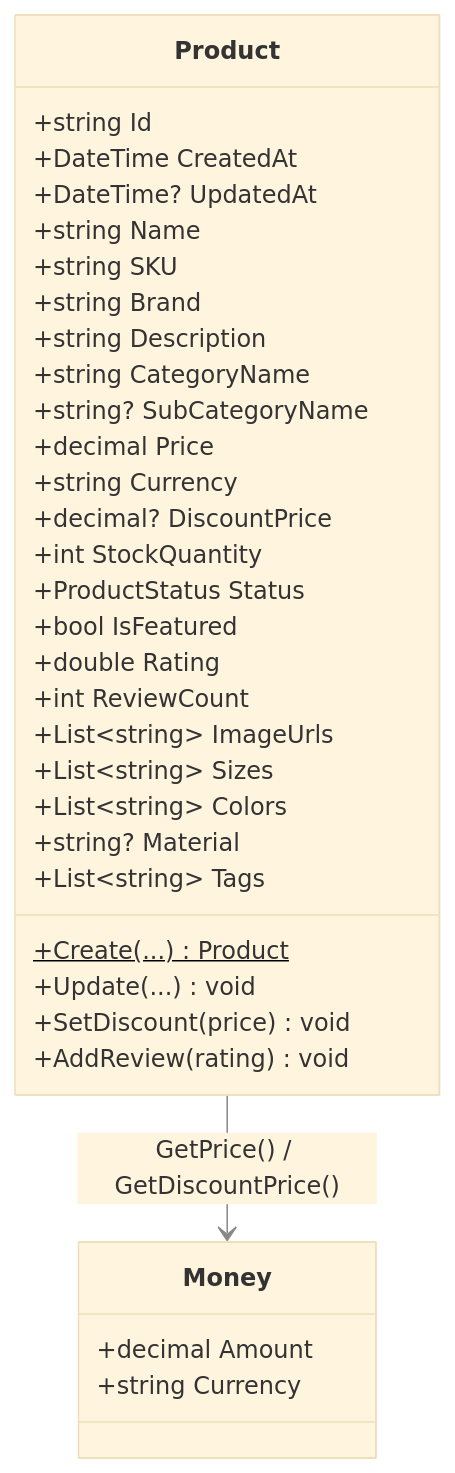
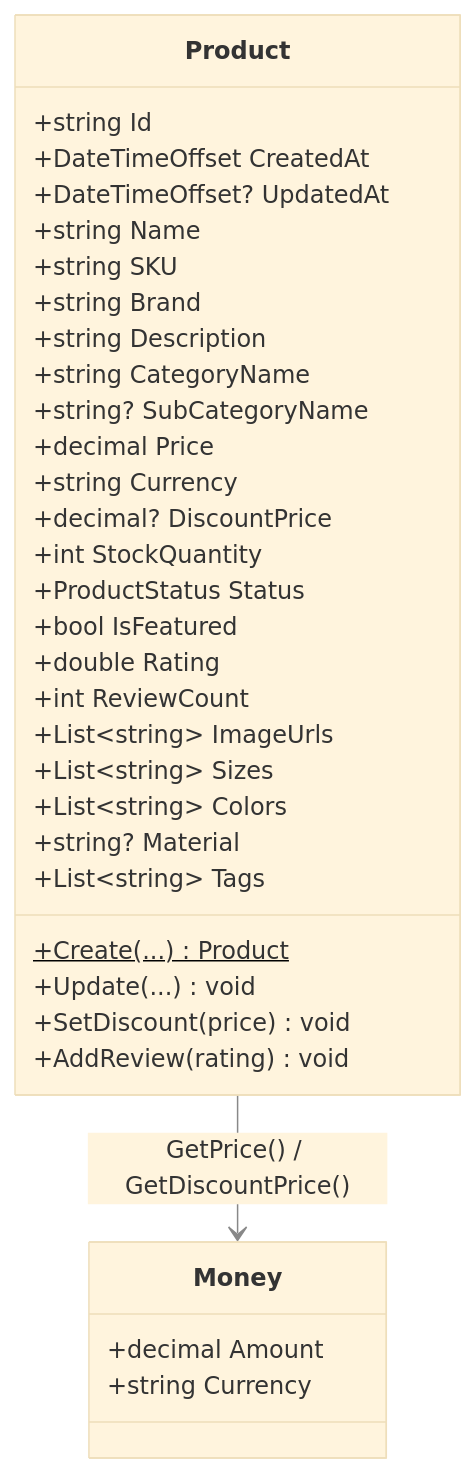
One commit to seesathish/AntKart-Src3 changed the third of 7 diagrams in AK.Products/PRODUCTS_TECHNICAL_DESIGN.md. Above: the diagram before and after it, drawn with Mermaid. The commit also changed other lines of this file and 50 other files, not shown here.

````diff
--- a/AK.Products/PRODUCTS_TECHNICAL_DESIGN.md
+++ b/AK.Products/PRODUCTS_TECHNICAL_DESIGN.md
@@ -260,42 +260,42 @@
 ```mermaid
 %%{init: {'theme': 'base', 'themeVariables': {'lineColor': '#888888', 'edgeLabelBackground': '#00000000'}}}%%
 classDiagram
     classDef domain fill:#E67E22,stroke:#D35400,color:#fff
     classDef infra fill:#8E44AD,stroke:#6C3483,color:#fff
 
     class Product {
         +string Id
-        +DateTime CreatedAt
-        +DateTime? UpdatedAt
+        +DateTimeOffset CreatedAt
+        +DateTimeOffset? UpdatedAt
         +string Name
         +string SKU
         +string Brand
         +string Description
         +string CategoryName
         +string? SubCategoryName
         +decimal Price
         +string Currency
         +decimal? DiscountPrice
         +int StockQuantity
         +ProductStatus Status
         +bool IsFeatured
         +double Rating
         +int ReviewCount
         +List~string~ ImageUrls
         +List~string~ Sizes
         +List~string~ Colors
         +string? Material
         +List~string~ Tags
         +Create(...)$ Product
         +Update(...) void
         +SetDiscount(price) void
         +AddReview(rating) void
     }
 
     class Money {
         +decimal Amount
         +string Currency
     }
 
     Product --> Money : GetPrice() / GetDiscountPrice()
 ```
````
